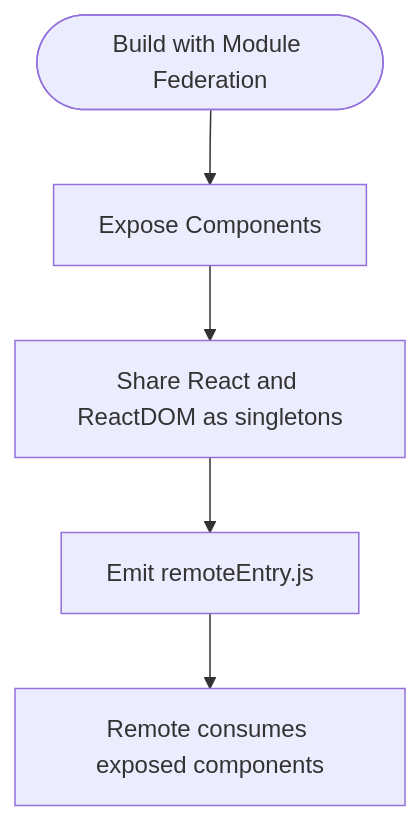
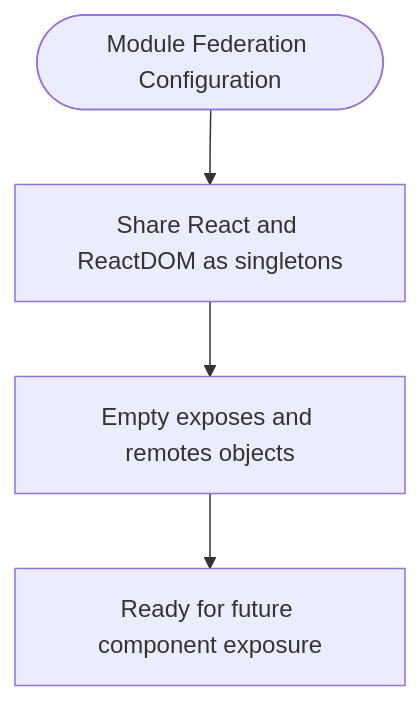
The fourth of 7 diagrams in .qoder/repowiki/en/content/Advanced Features/Advanced Features.md (DoVuDung/cv-portfolio-builder), drawn with Mermaid before and after one commit. The commit also changed other lines of this file and 8 other files, not shown here.

First line of the commit message:
docs(module-federation): update documentation to reflect current empty configuration

````diff
--- a/.qoder/repowiki/en/content/Advanced Features/Advanced Features.md
+++ b/.qoder/repowiki/en/content/Advanced Features/Advanced Features.md
@@ -230,7 +210,6 @@
 ```mermaid
 flowchart TD
-Start(["Build with Module Federation"]) --> Expose["Expose Components"]
-Expose --> Share["Share React and ReactDOM as singletons"]
-Share --> Output["Emit remoteEntry.js"]
-Output --> Consume["Remote consumes exposed components"]
+Start(["Module Federation Configuration"]) --> Share["Share React and ReactDOM as singletons"]
+Share --> Empty["Empty exposes and remotes objects"]
+Empty --> Ready["Ready for future component exposure"]
 ```
````
